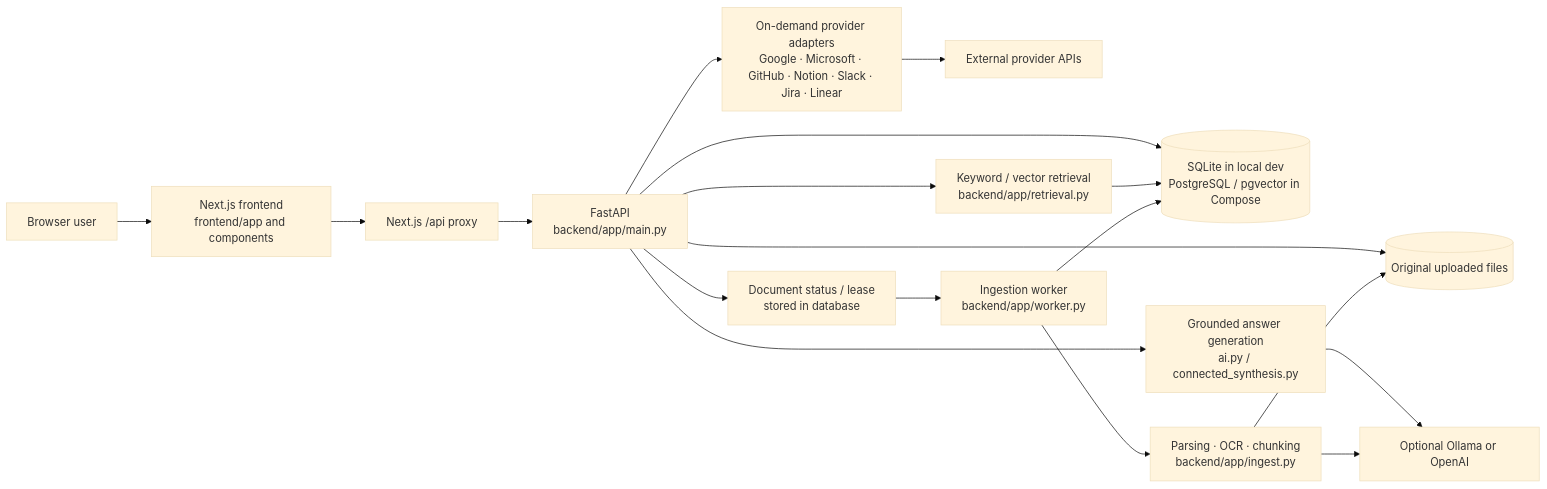
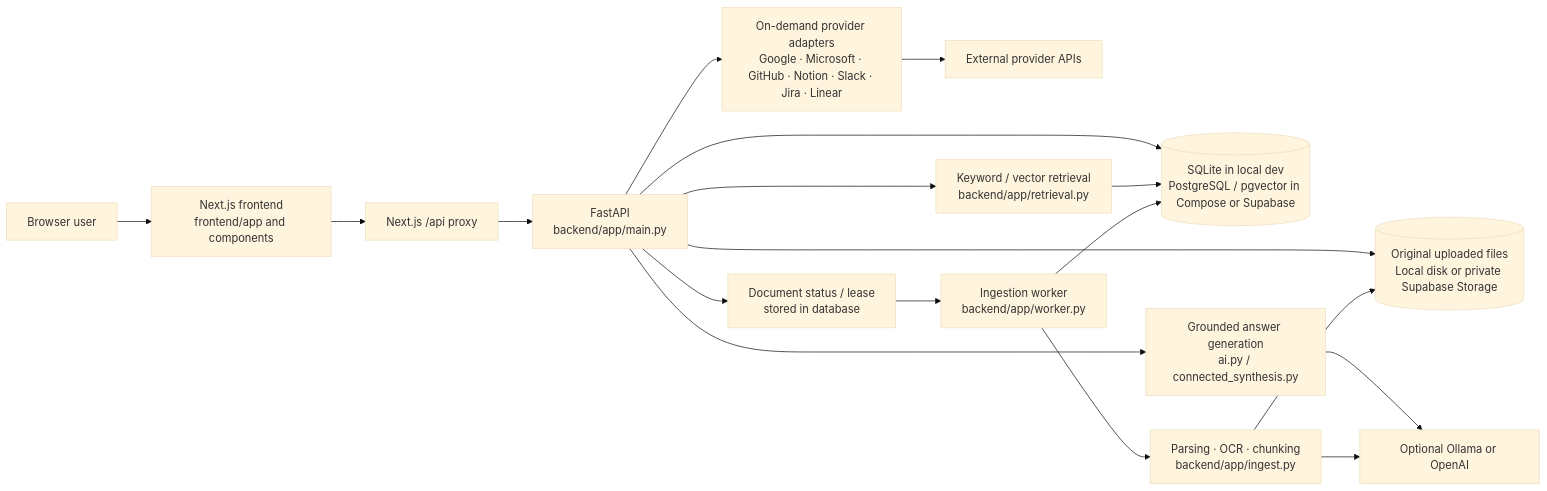
One commit to srbmaury/Atlas changed the first of 3 diagrams in README.md. Above: the diagram before and after it, drawn with Mermaid (base theme). The commit also changed other lines of this file and 12 other files, not shown here.

````diff
--- a/README.md
+++ b/README.md
@@ -13,20 +13,20 @@
 ```mermaid
 flowchart LR
   User["Browser user"] --> UI["Next.js frontend<br/>frontend/app and components"]
   UI --> Proxy["Next.js /api proxy"]
   Proxy --> API["FastAPI<br/>backend/app/main.py"]
-  API --> DB[("SQLite in local dev<br/>PostgreSQL / pgvector in Compose")]
-  API --> Files[("Original uploaded files")]
+  API --> DB[("SQLite in local dev<br/>PostgreSQL / pgvector in Compose or Supabase")]
+  API --> Files[("Original uploaded files<br/>Local disk or private Supabase Storage")]
   API --> Conn["On-demand provider adapters<br/>Google · Microsoft · GitHub · Notion · Slack · Jira · Linear"]
   Conn --> Providers["External provider APIs"]
   API --> Retrieval["Keyword / vector retrieval<br/>backend/app/retrieval.py"]
   Retrieval --> DB
   API --> Synthesis["Grounded answer generation<br/>ai.py / connected_synthesis.py"]
   Synthesis --> Model["Optional Ollama or OpenAI"]
   API --> Queue["Document status / lease<br/>stored in database"]
   Queue --> Worker["Ingestion worker<br/>backend/app/worker.py"]
   Worker --> Parser["Parsing · OCR · chunking<br/>backend/app/ingest.py"]
   Parser --> Files
   Parser --> Model
   Worker --> DB
 ```
````
